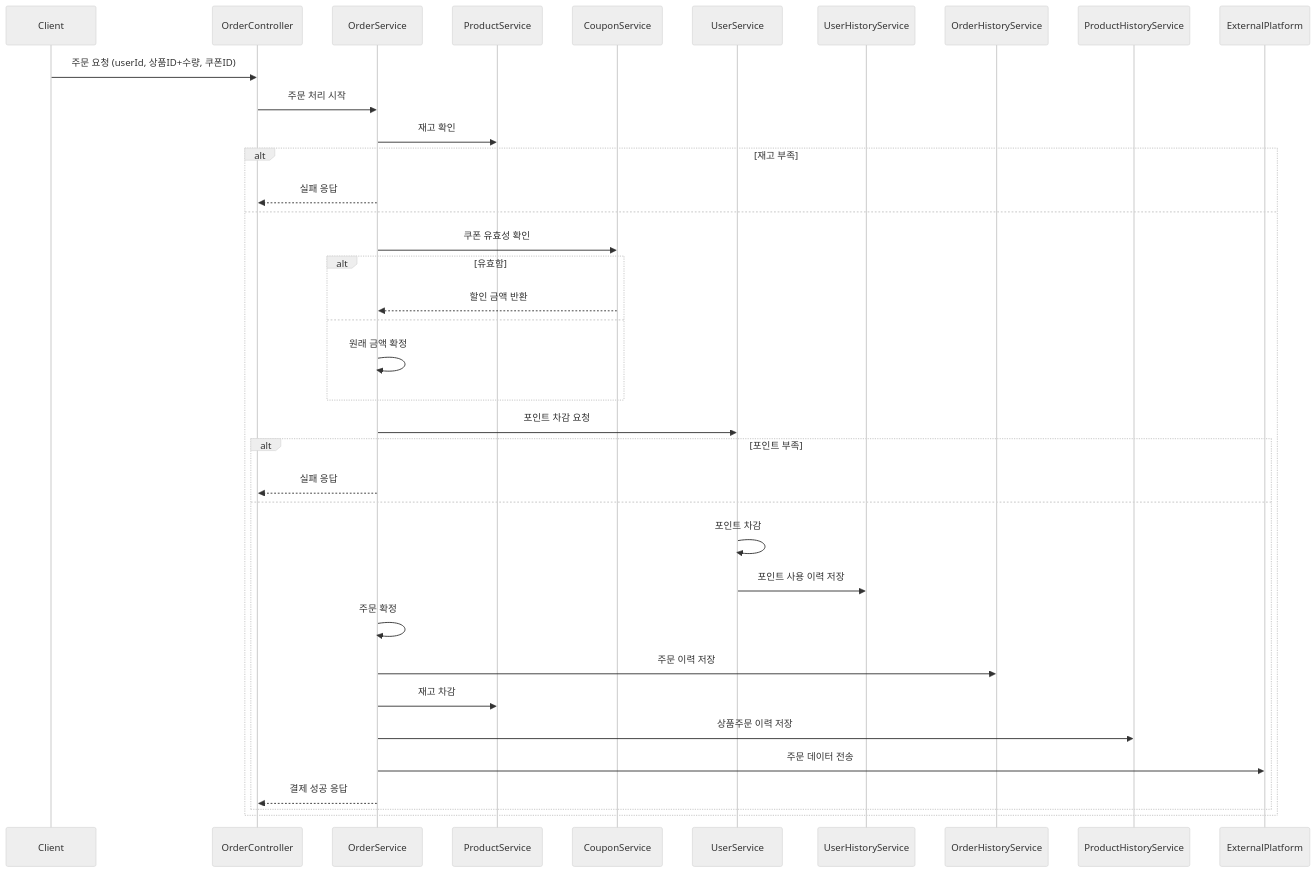
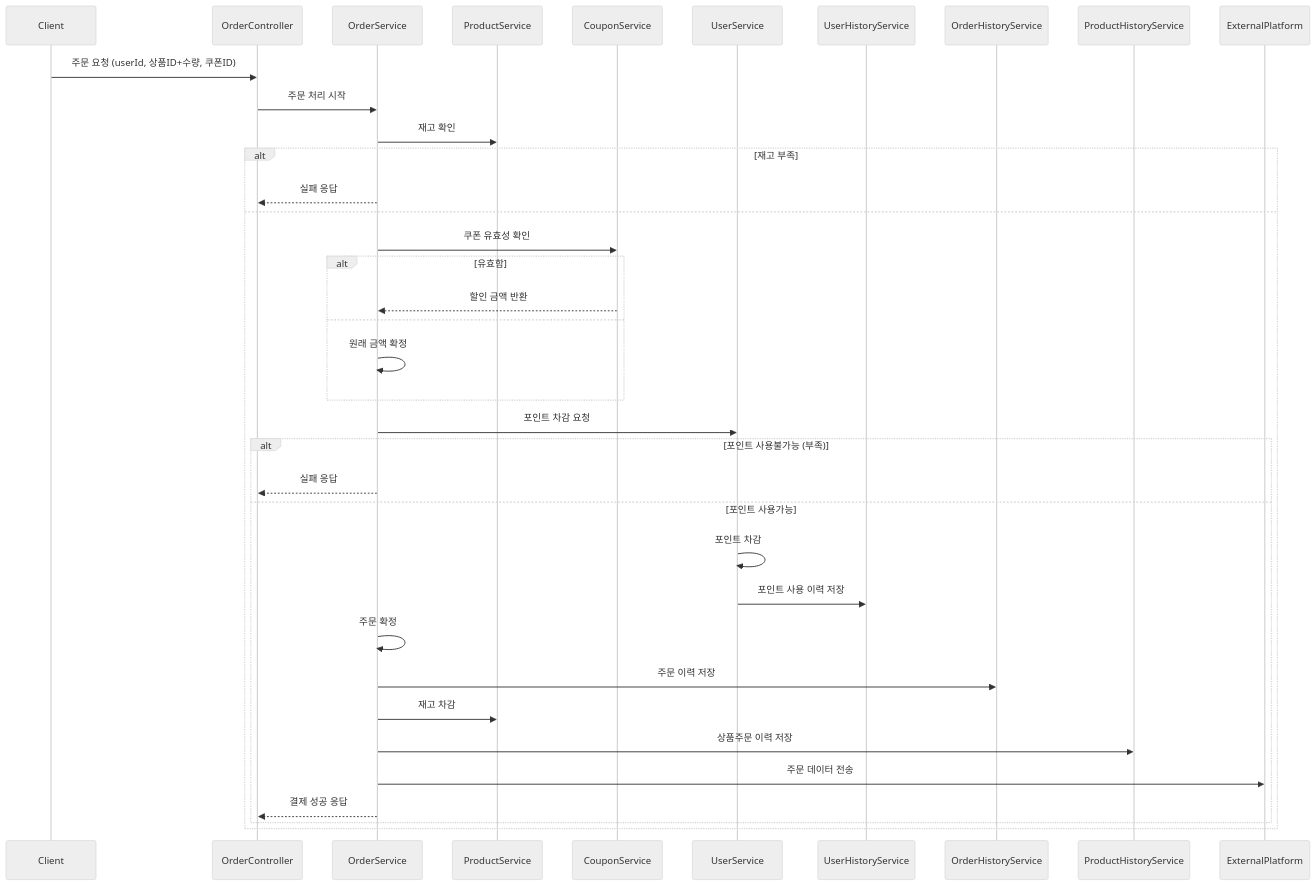
One commit to ho-jaeee/hhplus-tdd-ecommerce changed the diagram in Diagram/order_sequence.mmd. Above: the diagram before and after it, drawn with Mermaid (neutral theme).

Commit message:
포인트 사용 시 유효성검사

```diff
--- a/Diagram/order_sequence.mmd
+++ b/Diagram/order_sequence.mmd
@@ -1,45 +1,45 @@
 
 
 sequenceDiagram
     participant Client
     participant OrderController
     participant OrderService
     participant ProductService
     participant CouponService
     participant UserService
     participant UserHistoryService
     participant OrderHistoryService
     participant ProductHistoryService
     participant ExternalPlatform
 
     Client->>OrderController: 주문 요청 (userId, 상품ID+수량, 쿠폰ID)
     OrderController->>OrderService: 주문 처리 시작
 
     OrderService->>ProductService: 재고 확인
     alt 재고 부족
         OrderService-->>OrderController: 실패 응답
     else
         OrderService->>CouponService: 쿠폰 유효성 확인
         alt 유효함
             CouponService-->>OrderService: 할인 금액 반환
         else
             OrderService->>OrderService: 원래 금액 확정
         end
 
         OrderService->>UserService: 포인트 차감 요청
-        alt 포인트 부족
+        alt 포인트 사용불가능 (부족)
             OrderService-->>OrderController: 실패 응답
-        else
+        else 포인트 사용가능
             UserService->>UserService: 포인트 차감
             UserService->>UserHistoryService: 포인트 사용 이력 저장
 
             OrderService->>OrderService: 주문 확정
             OrderService->>OrderHistoryService: 주문 이력 저장
 
             OrderService->>ProductService: 재고 차감
             OrderService->>ProductHistoryService: 상품주문 이력 저장
 
             OrderService->>ExternalPlatform: 주문 데이터 전송
             OrderService-->>OrderController: 결제 성공 응답
         end
     end
```
